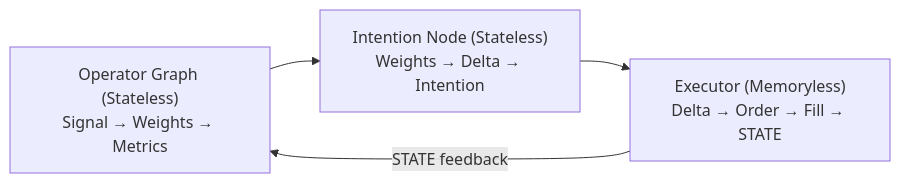
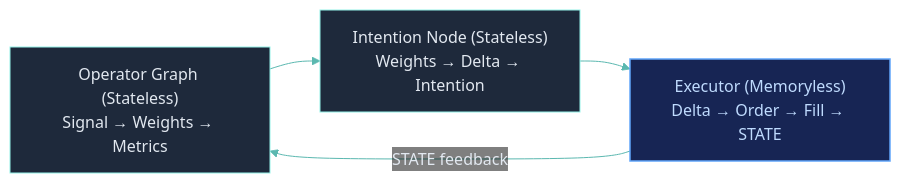
Before and after one commit to Clypt/docs: the second of 2 diagrams in engine/state-principle.mdx, drawn with Mermaid. The commit also changed other lines of this file and 73 other files, not shown here.

````diff
--- a/engine/state-principle.mdx
+++ b/engine/state-principle.mdx
@@ -251,9 +258,14 @@
 ```mermaid
+%%{init: {'theme': 'base', 'themeVariables': { 'primaryColor': '#1e293b', 'primaryTextColor': '#e2e8f0', 'primaryBorderColor': '#94F1E8', 'lineColor': '#5bb8b0', 'clusterBkg': '#0f172a', 'clusterBorder': '#1e3a3a', 'titleColor': '#94F1E8', 'edgeLabelBackground': 'transparent' }}}%%
 flowchart LR
+    classDef action fill:#172554,stroke:#60a5fa,stroke-width:1.5px,color:#bfdbfe
+
     Graph["Operator Graph (Stateless)<br>Signal → Weights → Metrics"]
     Intention["Intention Node (Stateless)<br>Weights → Delta → Intention"]
     Exec["Executor (Memoryless)<br>Delta → Order → Fill → STATE"]
 
     Graph --> Intention --> Exec
     Exec -- "STATE feedback" --> Graph
+
+    class Exec action
 ```
````
